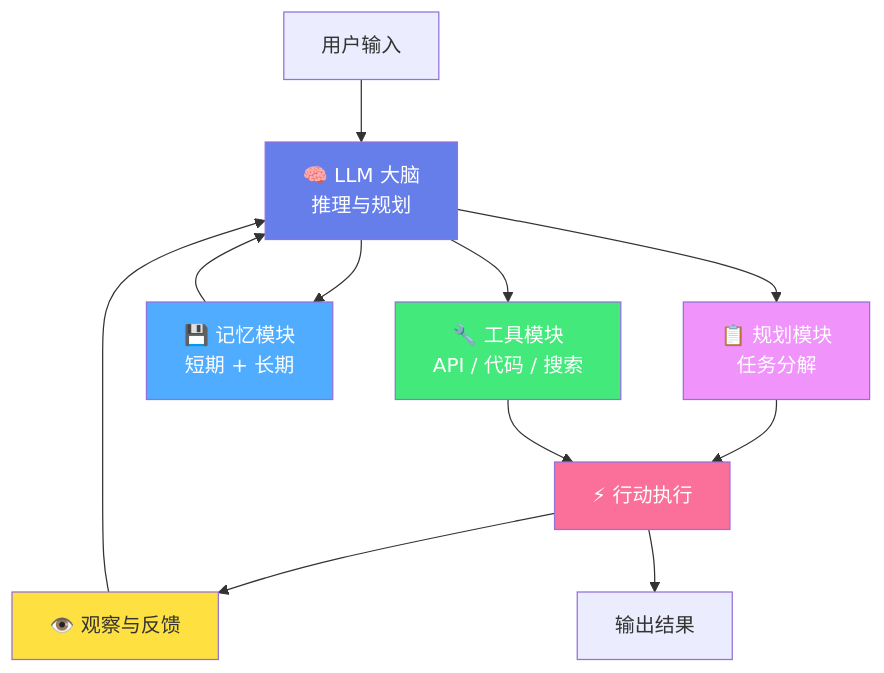
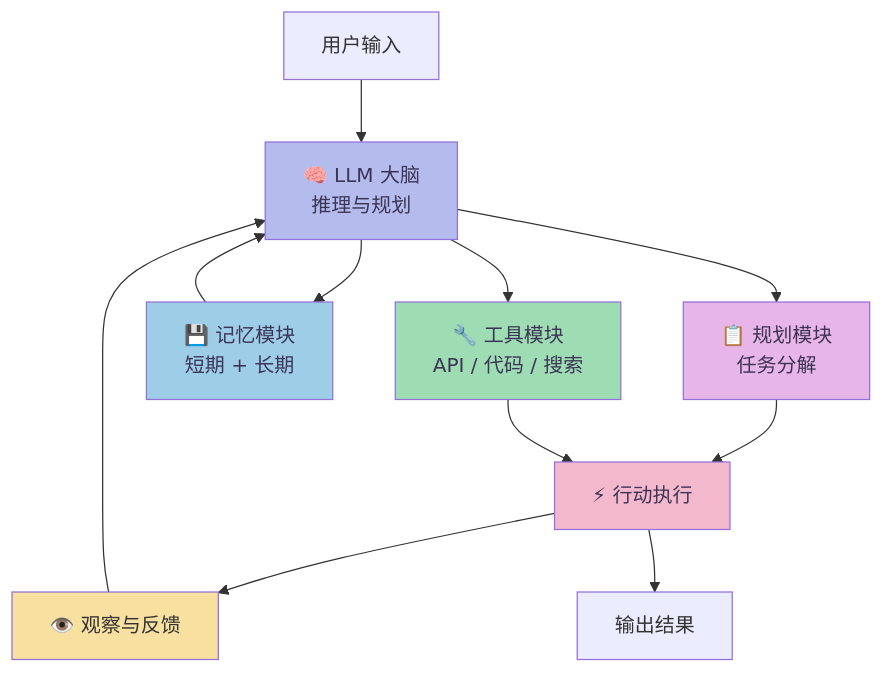
The fifth of 12 diagrams in _posts/2026-04-15-ai-agent.md (caoping0623/caoping0623.github.io), drawn with Mermaid before and after one commit. The commit also changed other lines of this file and 2 other files, not shown here.

First line of the commit message:
feat: apply soft macaron pastel color scheme with beige background and rounded diagram containers

```diff
--- a/_posts/2026-04-15-ai-agent.md
+++ b/_posts/2026-04-15-ai-agent.md
@@ -158,20 +158,20 @@
 <div class="mermaid">
 graph TB
     User[用户输入] --> Brain[🧠 LLM 大脑<br/>推理与规划]
     Brain --> Plan[📋 规划模块<br/>任务分解]
     Brain --> Mem[💾 记忆模块<br/>短期 + 长期]
     Brain --> Tool[🔧 工具模块<br/>API / 代码 / 搜索]
     Plan --> Act[⚡ 行动执行]
     Mem --> Brain
     Tool --> Act
     Act --> Obs[👁️ 观察与反馈]
     Obs --> Brain
     Act --> Output[输出结果]
 
-    style Brain fill:#667eea,color:#fff
-    style Plan fill:#f093fb,color:#fff
-    style Mem fill:#4facfe,color:#fff
-    style Tool fill:#43e97b,color:#fff
-    style Act fill:#fa709a,color:#fff
-    style Obs fill:#fee140
+    style Brain fill:#b4bcee,color:#3d3556
+    style Plan fill:#e8b5e8,color:#3d3556
+    style Mem fill:#9ecde8,color:#3d3556
+    style Tool fill:#9edcb4,color:#3d3556
+    style Act fill:#f4b8cc,color:#3d3556
+    style Obs fill:#f8e0a0
 </div>
```
